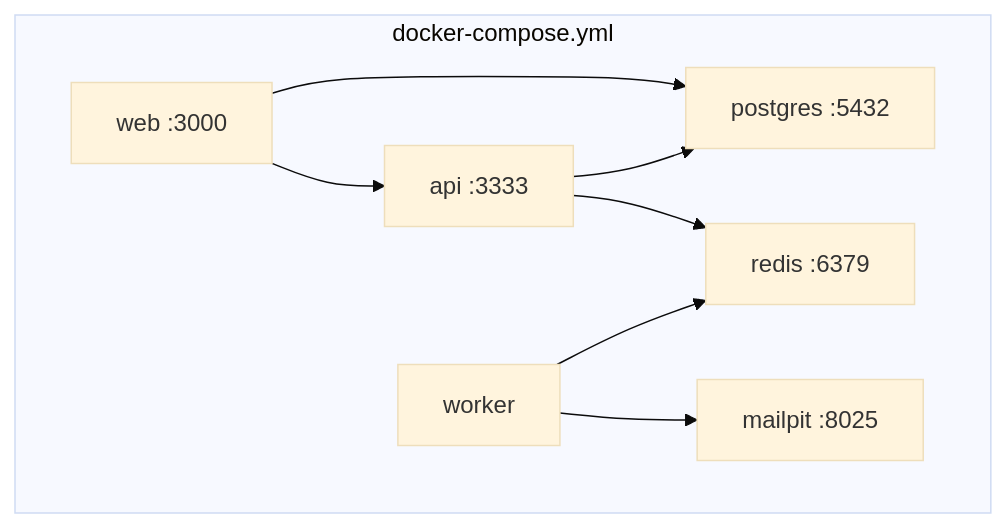
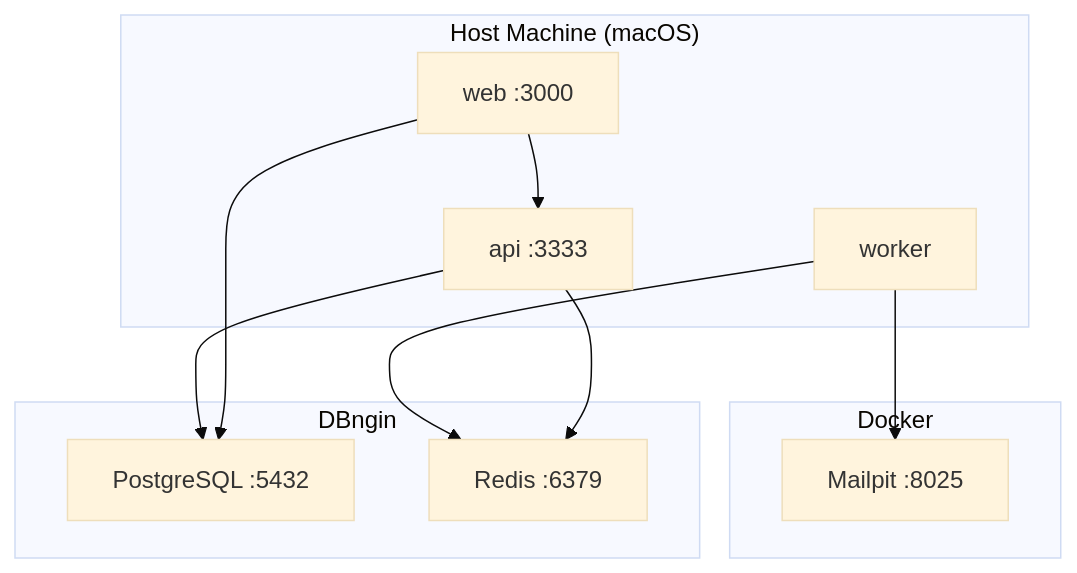
Before and after one commit to BrenoNery/real-time-scheduling-platform: the eighth of 9 diagrams in ARCHITECTURE.md, drawn with Mermaid (base theme). The commit also changed other lines of this file and 1 other file, not shown here.

First line of the commit message:
Align docs with DBngin local setup and npm workspaces.

````diff
--- a/ARCHITECTURE.md
+++ b/ARCHITECTURE.md
@@ -407,18 +411,24 @@
 ```mermaid
 flowchart TB
-    subgraph DockerCompose["docker-compose.yml"]
+    subgraph Host["Host Machine (macOS)"]
         Web["web :3000"]
         API["api :3333"]
         Worker["worker"]
-        PG["postgres :5432"]
-        Redis["redis :6379"]
-        Mailpit["mailpit :8025"]
+    end
+
+    subgraph DBngin["DBngin"]
+        PG["PostgreSQL :5432"]
+        Redis["Redis :6379"]
+    end
+
+    subgraph Docker["Docker"]
+        Mailpit["Mailpit :8025"]
     end
 
     Web --> API
     Web --> PG
     API --> PG
     API --> Redis
     Worker --> Redis
     Worker --> Mailpit
 ```
````
